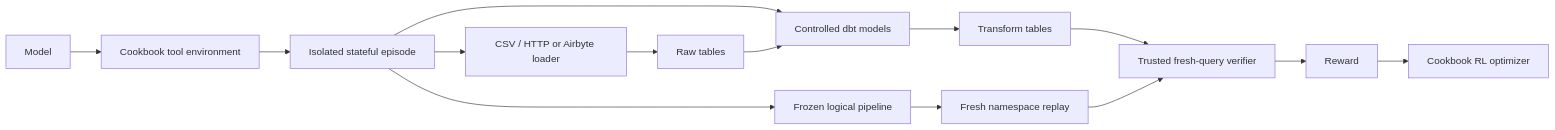
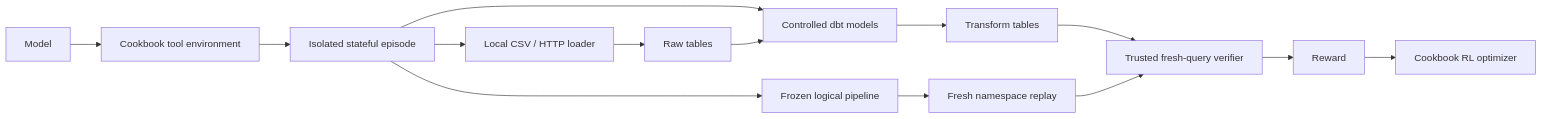
One commit to whatareyoubarkingat/elt-bench-rl changed the diagram in docs/design.md. Above: the diagram before and after it, drawn with Mermaid. The commit also changed other lines of this file and 13 other files, not shown here.

````diff
--- a/docs/design.md
+++ b/docs/design.md
@@ -10,14 +10,14 @@
 ```mermaid
 flowchart LR
     Model --> Tools[Cookbook tool environment]
     Tools --> Episode[Isolated stateful episode]
-    Episode --> Loader[CSV / HTTP or Airbyte loader]
+    Episode --> Loader[Local CSV / HTTP loader]
     Loader --> Raw[Raw tables]
     Episode --> dbt[Controlled dbt models]
     Raw --> dbt --> Output[Transform tables]
     Episode --> Bundle[Frozen logical pipeline]
     Bundle --> Replay[Fresh namespace replay]
     Output --> Verifier[Trusted fresh-query verifier]
     Replay --> Verifier
     Verifier --> Reward --> Tinker[Cookbook RL optimizer]
 ```
````
